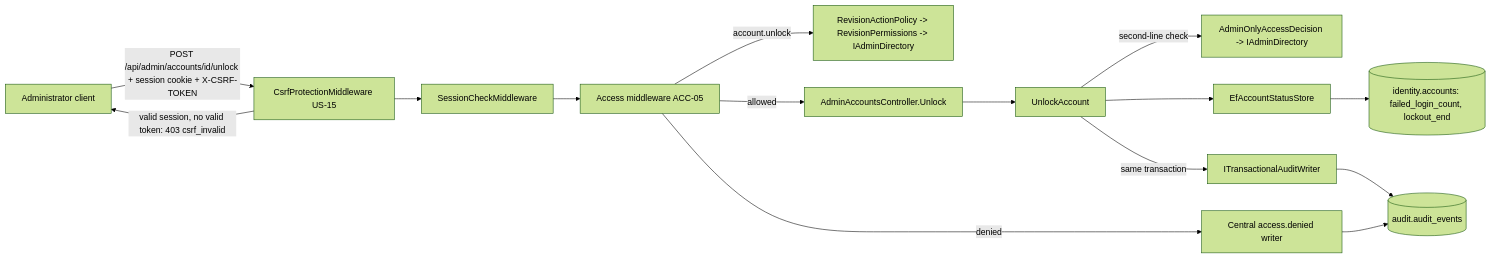
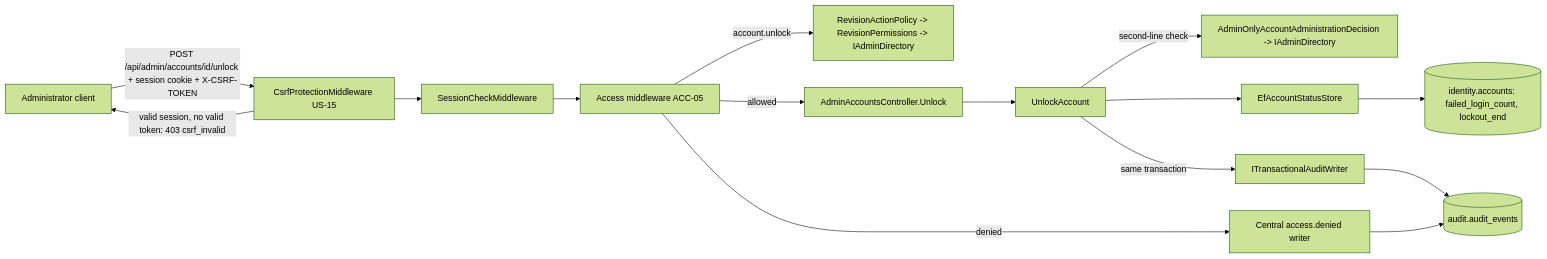
Before and after one commit to owlCoder/security-lab: the first of 2 diagrams in docs/components/identity/IDN-05-admin-unlock.md, drawn with Mermaid (forest theme). The commit also changed other lines of this file and 10 other files, not shown here.

First line of the commit message:
Rename IAccessDecision to IAccountAdministrationDecision

````diff
--- a/docs/components/identity/IDN-05-admin-unlock.md
+++ b/docs/components/identity/IDN-05-admin-unlock.md
@@ -28,17 +28,17 @@
 ```mermaid
 flowchart LR
   C[Administrator client] -->|POST /api/admin/accounts/id/unlock + session cookie + X-CSRF-TOKEN| CS[CsrfProtectionMiddleware US-15]
   CS -->|valid session, no valid token: 403 csrf_invalid| C
   CS --> SC[SessionCheckMiddleware]
   SC --> AC[Access middleware ACC-05]
   AC -->|account.unlock| P[RevisionActionPolicy -> RevisionPermissions -> IAdminDirectory]
   AC -->|allowed| CT[AdminAccountsController.Unlock]
   CT --> UC[UnlockAccount]
-  UC -->|second-line check| AD[AdminOnlyAccessDecision -> IAdminDirectory]
+  UC -->|second-line check| AD[AdminOnlyAccountAdministrationDecision -> IAdminDirectory]
   UC --> ST[EfAccountStatusStore]
   ST --> D[(identity.accounts: failed_login_count, lockout_end)]
   UC -->|same transaction| AU[ITransactionalAuditWriter]
   AU --> A[(audit.audit_events)]
   AC -->|denied| AW[Central access.denied writer]
   AW --> A
 ```
````
